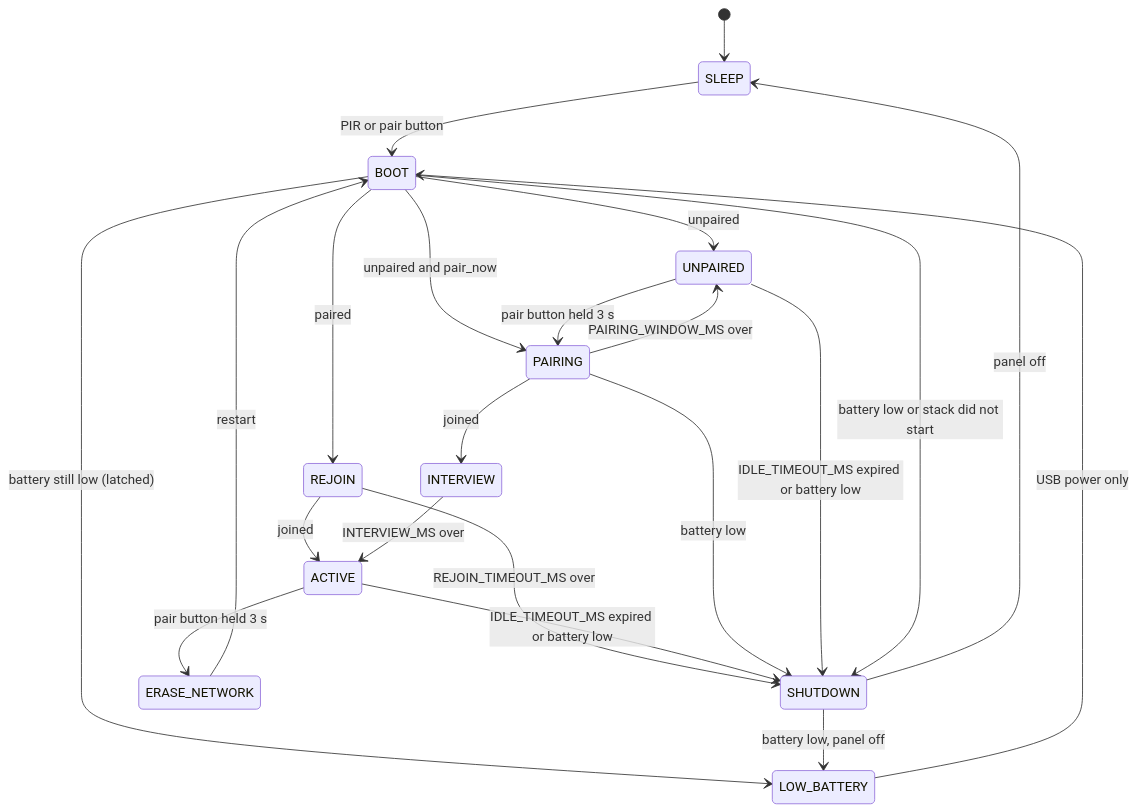
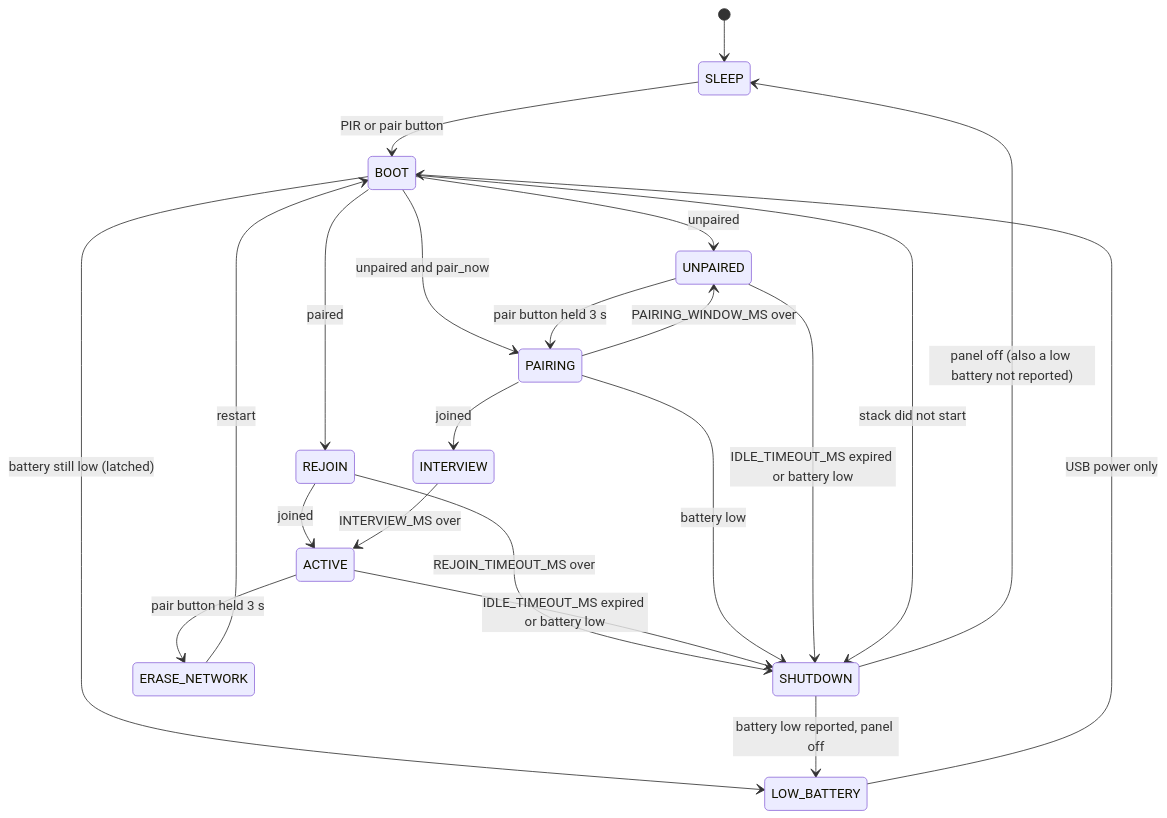
Before and after one commit to vgabor99/greenlight: the diagram in docs/behaviour.md, drawn with Mermaid. The commit also changed other lines of this file and 3 other files, not shown here.

````diff
--- a/docs/behaviour.md
+++ b/docs/behaviour.md
@@ -44,34 +44,34 @@
 ```mermaid
 stateDiagram-v2
     %% The declaration order sets the layout: paired path left, unpaired path in the middle, SHUTDOWN right.
     state BOOT
     state REJOIN
     state ACTIVE
     state ERASE_NETWORK
     state UNPAIRED
     state PAIRING
     state INTERVIEW
     state SHUTDOWN
     state LOW_BATTERY
     [*] --> SLEEP
     SLEEP --> BOOT: PIR or pair button
     BOOT --> REJOIN: paired
     BOOT --> UNPAIRED: unpaired
     BOOT --> PAIRING: unpaired and pair_now
     REJOIN --> ACTIVE: joined
     REJOIN --> SHUTDOWN: REJOIN_TIMEOUT_MS over
     ACTIVE --> ERASE_NETWORK: pair button held 3 s
     ERASE_NETWORK --> BOOT: restart
     ACTIVE --> SHUTDOWN: IDLE_TIMEOUT_MS expired or battery low
     UNPAIRED --> PAIRING: pair button held 3 s
     PAIRING --> UNPAIRED: PAIRING_WINDOW_MS over
     PAIRING --> INTERVIEW: joined
     INTERVIEW --> ACTIVE: INTERVIEW_MS over
     PAIRING --> SHUTDOWN: battery low
     UNPAIRED --> SHUTDOWN: IDLE_TIMEOUT_MS expired or battery low
-    BOOT --> SHUTDOWN: battery low or stack did not start
+    BOOT --> SHUTDOWN: stack did not start
     BOOT --> LOW_BATTERY: battery still low (latched)
-    SHUTDOWN --> LOW_BATTERY: battery low, panel off
-    SHUTDOWN --> SLEEP: panel off
+    SHUTDOWN --> LOW_BATTERY: battery low reported, panel off
+    SHUTDOWN --> SLEEP: panel off (also a low battery not reported)
     LOW_BATTERY --> BOOT: USB power only
 ```
````
